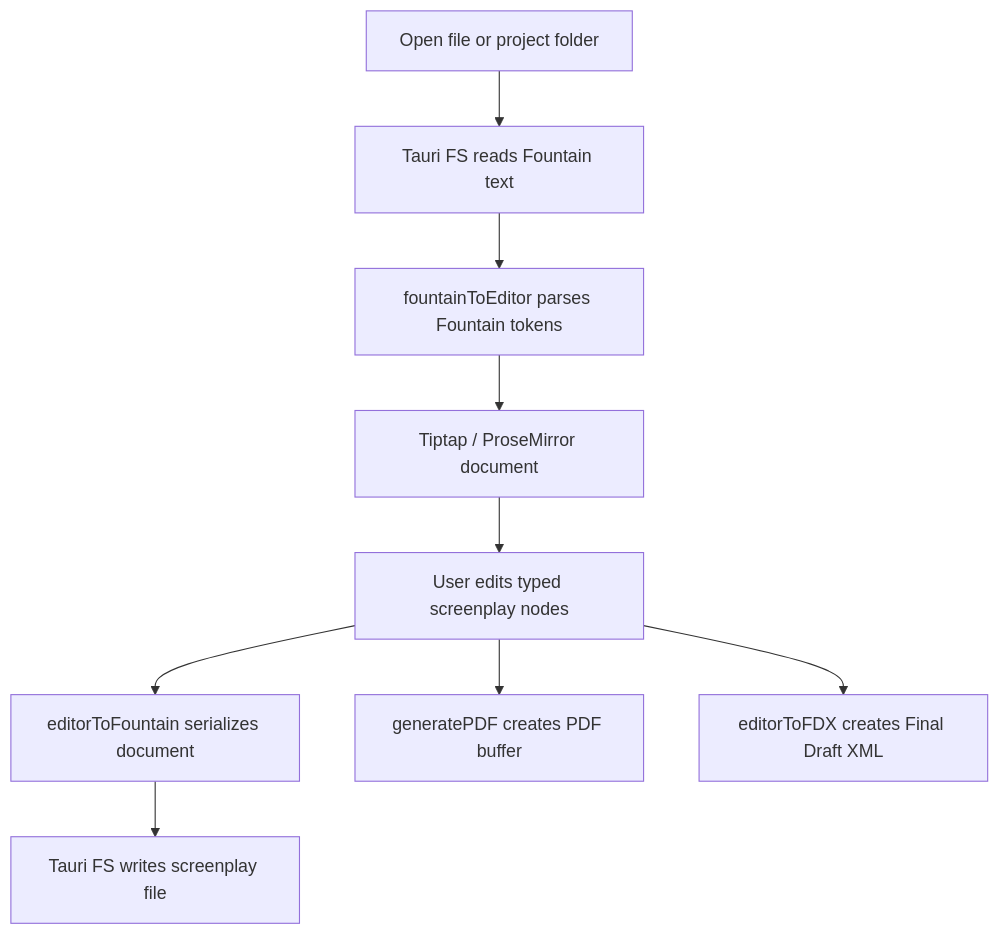
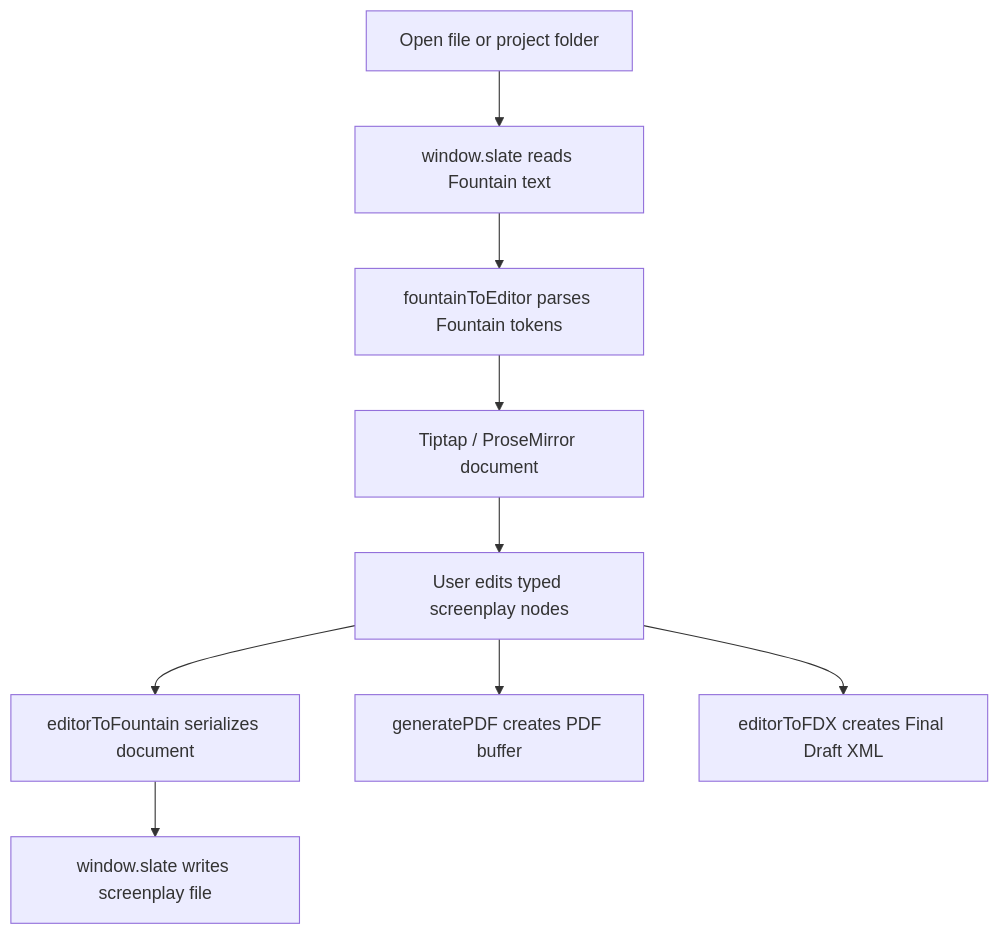
The second of 2 diagrams in docs/architecture.md (rckbrcls/slate), drawn with Mermaid before and after one commit. The commit also changed other lines of this file and 64 other files, not shown here.

````diff
--- a/docs/architecture.md
+++ b/docs/architecture.md
@@ -144,21 +156,21 @@
 ```mermaid
 flowchart TD
   Open["Open file or project folder"]
-  Read["Tauri FS reads Fountain text"]
+  Read["window.slate reads Fountain text"]
   Parse["fountainToEditor parses Fountain tokens"]
   Doc["Tiptap / ProseMirror document"]
   Edit["User edits typed screenplay nodes"]
   Serialize["editorToFountain serializes document"]
-  Save["Tauri FS writes screenplay file"]
+  Save["window.slate writes screenplay file"]
   ExportPDF["generatePDF creates PDF buffer"]
   ExportFDX["editorToFDX creates Final Draft XML"]
 
   Open --> Read
   Read --> Parse
   Parse --> Doc
   Doc --> Edit
   Edit --> Serialize
   Serialize --> Save
   Edit --> ExportPDF
   Edit --> ExportFDX
 ```
````
